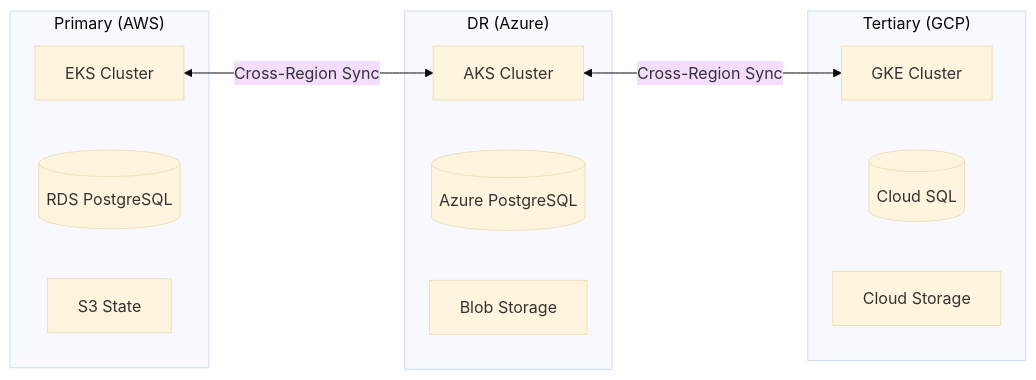
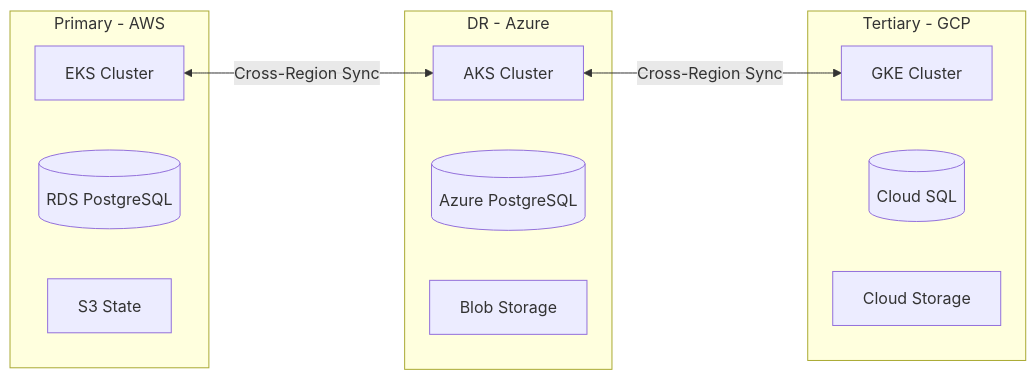
Before and after one commit to lvonguyen/cloudforge: the second of 2 diagrams in docs/core/architecture/HLD.md, drawn with Mermaid. The commit also changed other lines of this file and 22 other files, not shown here.

````diff
--- a/docs/core/architecture/HLD.md
+++ b/docs/core/architecture/HLD.md
@@ -333,24 +337,23 @@
 ```mermaid
-%%{init: {'theme': 'base', 'themeVariables': {'fontFamily': 'Georgia'}}}%%
 flowchart LR
-    subgraph Primary["Primary (AWS)"]
-        EKS[EKS Cluster]
-        RDS[(RDS PostgreSQL)]
-        S3[S3 State]
+    subgraph Primary["Primary - AWS"]
+        EKS["EKS Cluster"]
+        RDS[("RDS PostgreSQL")]
+        S3["S3 State"]
     end
 
-    subgraph DR["DR (Azure)"]
-        AKS[AKS Cluster]
-        PostgresAz[(Azure PostgreSQL)]
-        Blob[Blob Storage]
+    subgraph DR["DR - Azure"]
+        AKS["AKS Cluster"]
+        PostgresAz[("Azure PostgreSQL")]
+        Blob["Blob Storage"]
     end
 
-    subgraph Tertiary["Tertiary (GCP)"]
-        GKE[GKE Cluster]
-        CloudSQL[(Cloud SQL)]
-        GCS[Cloud Storage]
+    subgraph Tertiary["Tertiary - GCP"]
+        GKE["GKE Cluster"]
+        CloudSQL[("Cloud SQL")]
+        GCS["Cloud Storage"]
     end
 
     EKS <-->|Cross-Region Sync| AKS
     AKS <-->|Cross-Region Sync| GKE
 ```
````
